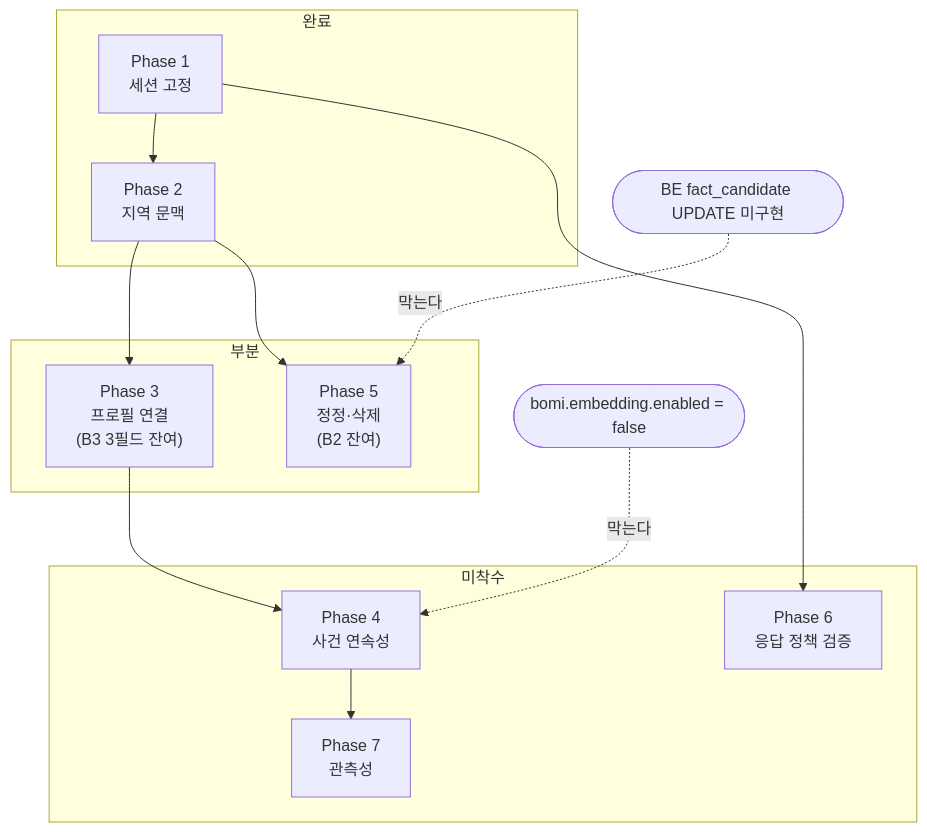
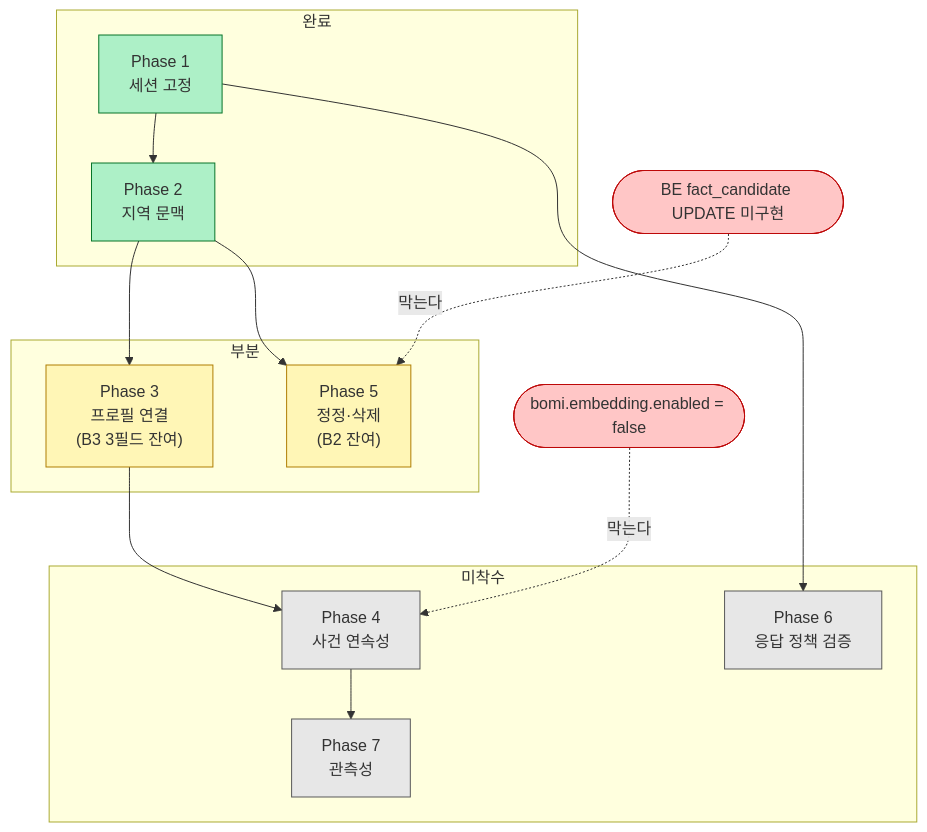
One commit to bomi-aiot/BOMI changed the second of 2 diagrams in docs/natural-conversation/구현 계획.md. Above: the diagram before and after it, drawn with Mermaid. The commit also changed 13 other files, not shown here.

First line of the commit message:
docs: 문서 다이어그램 팔레트 통일과 배치 정리

````diff
--- a/docs/natural-conversation/구현 계획.md
+++ b/docs/natural-conversation/구현 계획.md
@@ -155,24 +155,29 @@
 ```mermaid
 flowchart TD
     subgraph 완료
-        F1["Phase 1<br/>세션 고정"]
-        F2["Phase 2<br/>지역 문맥"]
+        F1["Phase 1<br/>세션 고정"]:::done
+        F2["Phase 2<br/>지역 문맥"]:::done
     end
     subgraph 부분
-        F3["Phase 3<br/>프로필 연결<br/>(B3 3필드 잔여)"]
-        F5["Phase 5<br/>정정·삭제<br/>(B2 잔여)"]
+        F3["Phase 3<br/>프로필 연결<br/>(B3 3필드 잔여)"]:::partial
+        F5["Phase 5<br/>정정·삭제<br/>(B2 잔여)"]:::partial
     end
     subgraph 미착수
-        F4["Phase 4<br/>사건 연속성"]
-        F6["Phase 6<br/>응답 정책 검증"]
-        F7["Phase 7<br/>관측성"]
+        F4["Phase 4<br/>사건 연속성"]:::todo
+        F6["Phase 6<br/>응답 정책 검증"]:::todo
+        F7["Phase 7<br/>관측성"]:::todo
     end
     F1 --> F2 --> F3
     F1 --> F6
     F3 --> F4
     F2 --> F5
     F4 --> F7
 
-    EMB(["bomi.embedding.enabled = false"]) -.막는다.-> F4
-    UPD(["BE fact_candidate UPDATE 미구현"]) -.막는다.-> F5
+    EMB(["bomi.embedding.enabled = false"]):::blocker -.막는다.-> F4
+    UPD(["BE fact_candidate UPDATE 미구현"]):::blocker -.막는다.-> F5
+
+    classDef done fill:#adf0c7,stroke:#087429
+    classDef partial fill:#fff6b6,stroke:#af7e02
+    classDef todo fill:#e7e7e7,stroke:#595959
+    classDef blocker fill:#ffc6c6,stroke:#bd0909
 ```
````
